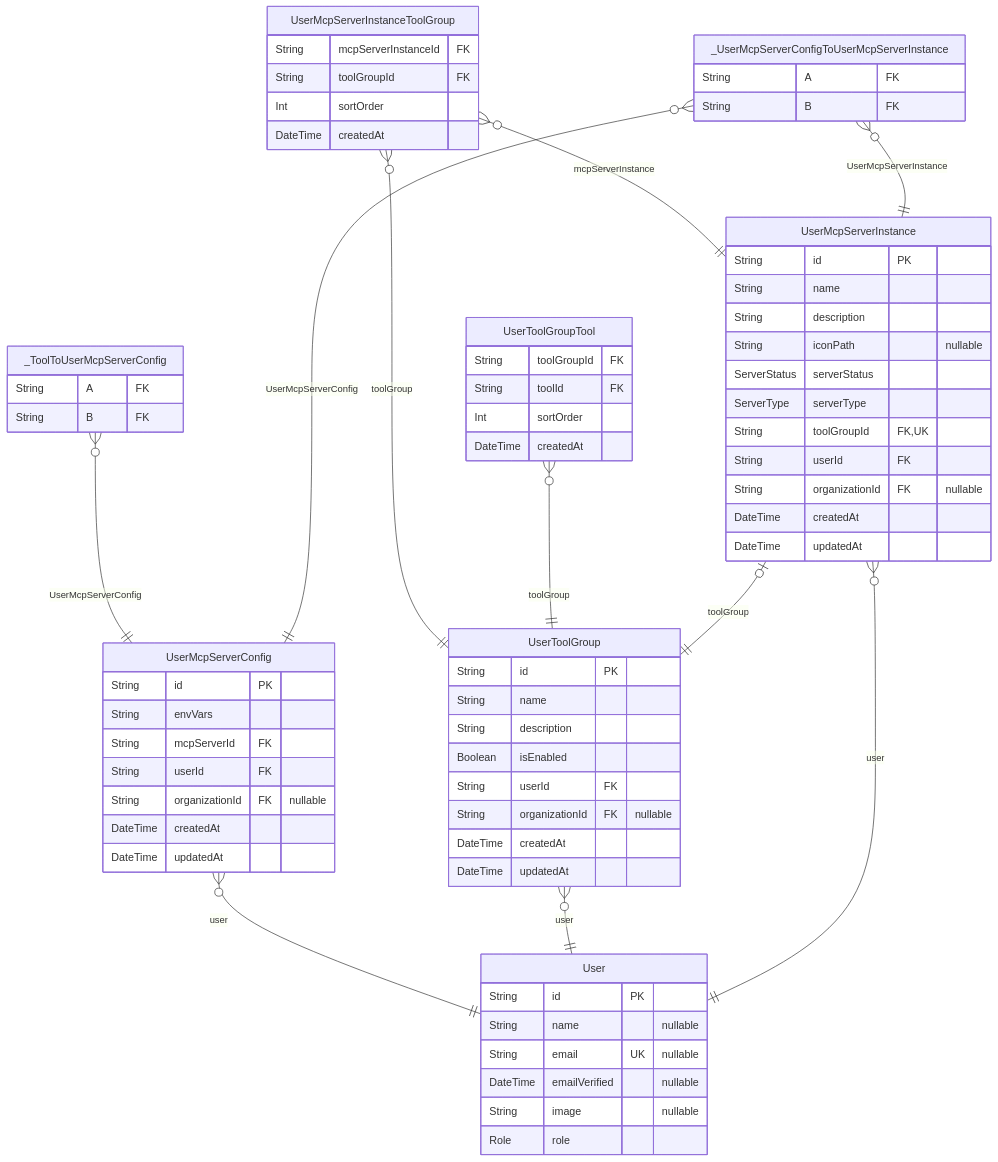
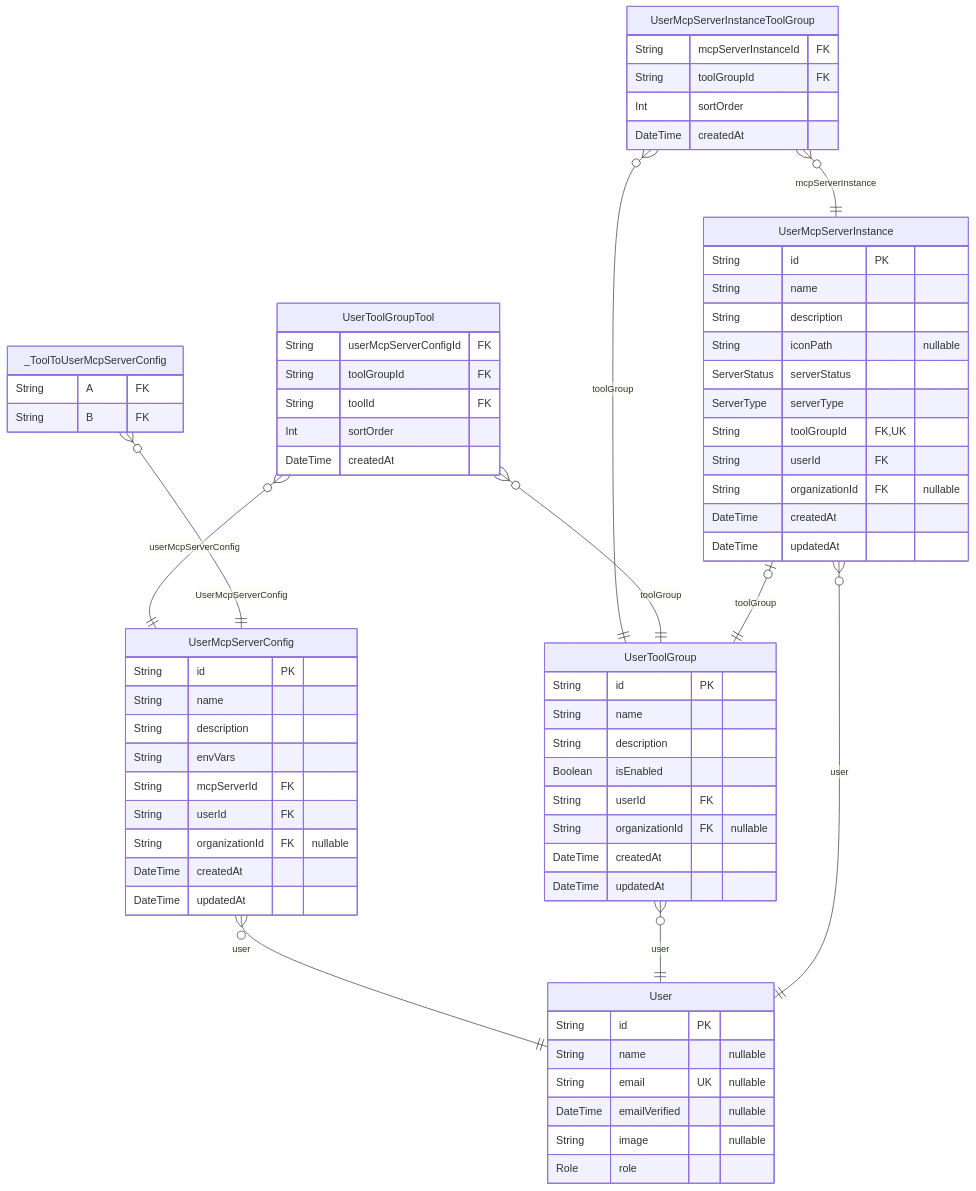
One commit to rayven122/tumiki changed the fourth of 4 diagrams in prisma/README.md. Above: the diagram before and after it, drawn with Mermaid. The commit also changed other lines of this file and 2 other files, not shown here.

````diff
--- a/prisma/README.md
+++ b/prisma/README.md
@@ -492,73 +487,71 @@
 ```mermaid
 erDiagram
 "UserMcpServerInstanceToolGroup" {
   String mcpServerInstanceId FK
   String toolGroupId FK
   Int sortOrder
   DateTime createdAt
 }
 "User" {
   String id PK
   String name "nullable"
   String email UK "nullable"
   DateTime emailVerified "nullable"
   String image "nullable"
   Role role
 }
 "UserMcpServerConfig" {
   String id PK
+  String name
+  String description
   String envVars
   String mcpServerId FK
   String userId FK
   String organizationId FK "nullable"
   DateTime createdAt
   DateTime updatedAt
 }
 "UserToolGroupTool" {
+  String userMcpServerConfigId FK
   String toolGroupId FK
   String toolId FK
   Int sortOrder
   DateTime createdAt
 }
 "UserToolGroup" {
   String id PK
   String name
   String description
   Boolean isEnabled
   String userId FK
   String organizationId FK "nullable"
   DateTime createdAt
   DateTime updatedAt
 }
 "UserMcpServerInstance" {
   String id PK
   String name
   String description
   String iconPath "nullable"
   ServerStatus serverStatus
   ServerType serverType
   String toolGroupId FK,UK
   String userId FK
   String organizationId FK "nullable"
   DateTime createdAt
   DateTime updatedAt
 }
 "_ToolToUserMcpServerConfig" {
   String A FK
   String B FK
 }
-"_UserMcpServerConfigToUserMcpServerInstance" {
-  String A FK
-  String B FK
-}
 "UserMcpServerInstanceToolGroup" }o--|| "UserMcpServerInstance" : mcpServerInstance
 "UserMcpServerInstanceToolGroup" }o--|| "UserToolGroup" : toolGroup
 "UserMcpServerConfig" }o--|| "User" : user
+"UserToolGroupTool" }o--|| "UserMcpServerConfig" : userMcpServerConfig
 "UserToolGroupTool" }o--|| "UserToolGroup" : toolGroup
 "UserToolGroup" }o--|| "User" : user
 "UserMcpServerInstance" |o--|| "UserToolGroup" : toolGroup
 "UserMcpServerInstance" }o--|| "User" : user
 "_ToolToUserMcpServerConfig" }o--|| "UserMcpServerConfig" : UserMcpServerConfig
-"_UserMcpServerConfigToUserMcpServerInstance" }o--|| "UserMcpServerConfig" : UserMcpServerConfig
-"_UserMcpServerConfigToUserMcpServerInstance" }o--|| "UserMcpServerInstance" : UserMcpServerInstance
 ```
````
